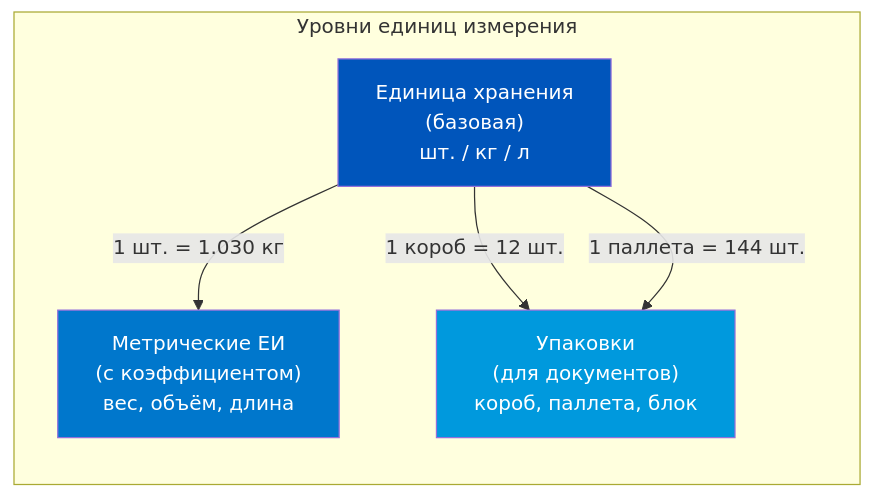
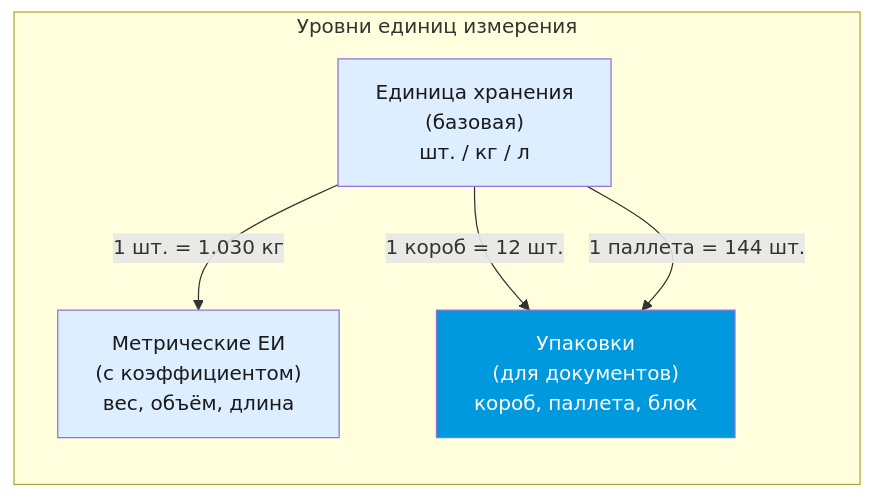
Before and after one commit to murad1986/1c-erp-quartz: the third of 7 diagrams in content/1c-erp/week_2/Неделя 2 - День 1 - Номенклатура.md, drawn with Mermaid. The commit also changed other lines of this file and 57 other files, not shown here.

First line of the commit message:
fix: Mermaid — пастельные цвета в источниках диаграмм (56 файлов)

````diff
--- a/content/1c-erp/week_2/Неделя 2 - День 1 - Номенклатура.md
+++ b/content/1c-erp/week_2/Неделя 2 - День 1 - Номенклатура.md
@@ -168,16 +168,16 @@
 ```mermaid
 graph LR
     subgraph Уровни единиц измерения
         EU["Единица хранения<br/>(базовая)<br/>шт. / кг / л"]
         EM["Метрические ЕИ<br/>(с коэффициентом)<br/>вес, объём, длина"]
         EP["Упаковки<br/>(для документов)<br/>короб, паллета, блок"]
     end
 
     EU -->|"1 шт. = 1.030 кг"| EM
     EU -->|"1 короб = 12 шт."| EP
     EU -->|"1 паллета = 144 шт."| EP
 
-    style EU fill:#0055BB,color:#fff
-    style EM fill:#0077CC,color:#fff
+    style EU fill:#dceeff,color:#1a1a1a
+    style EM fill:#dceeff,color:#1a1a1a
     style EP fill:#0099DD,color:#fff
 ```
````
